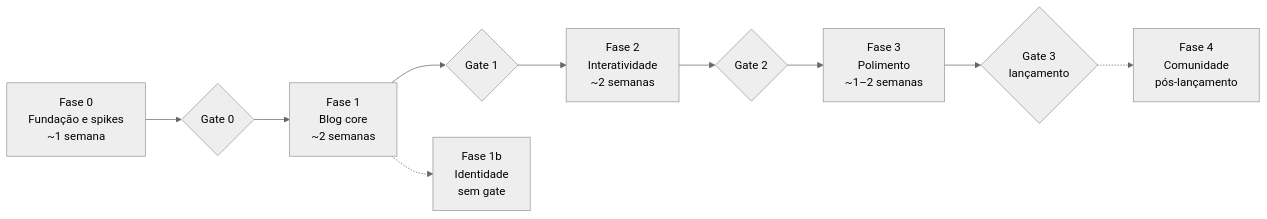
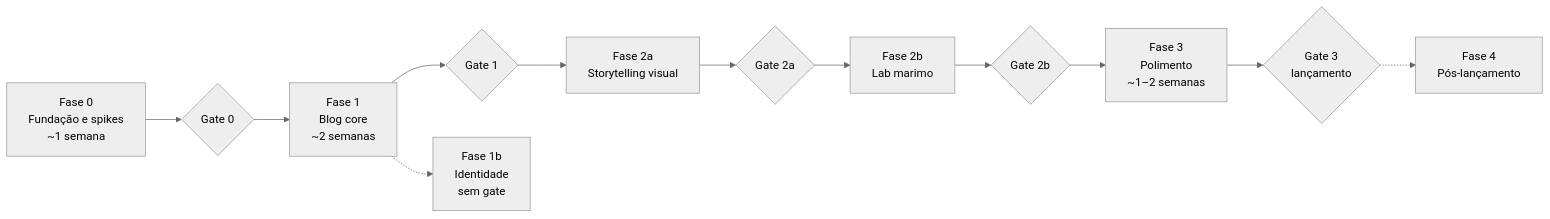
One commit to Pedroknoll/blog_pedro-knoll changed the first of 2 diagrams in specs/ROADMAP.md. Above: the diagram before and after it, drawn with Mermaid (neutral theme). The commit also changed other lines of this file and 3 other files, not shown here.

````diff
--- a/specs/ROADMAP.md
+++ b/specs/ROADMAP.md
@@ -16,10 +16,11 @@
 ```mermaid
 flowchart LR
   F0["Fase 0<br/>Fundação e spikes<br/>~1 semana"] --> G0{"Gate 0"}
   G0 --> F1["Fase 1<br/>Blog core<br/>~2 semanas"] --> G1{"Gate 1"}
-  G1 --> F2["Fase 2<br/>Interatividade<br/>~2 semanas"] --> G2{"Gate 2"}
-  G2 --> F3["Fase 3<br/>Polimento<br/>~1–2 semanas"] --> G3{"Gate 3<br/>lançamento"}
-  G3 -.-> F4["Fase 4<br/>Comunidade<br/>pós-lançamento"]
+  G1 --> F2a["Fase 2a<br/>Storytelling visual"] --> G2a{"Gate 2a"}
+  G2a --> F2b["Fase 2b<br/>Lab marimo"] --> G2b{"Gate 2b"}
+  G2b --> F3["Fase 3<br/>Polimento<br/>~1–2 semanas"] --> G3{"Gate 3<br/>lançamento"}
+  G3 -.-> F4["Fase 4<br/>Pós-lançamento"]
   F1 -.-> F1b["Fase 1b<br/>Identidade<br/>sem gate"]
 
 ```
````
